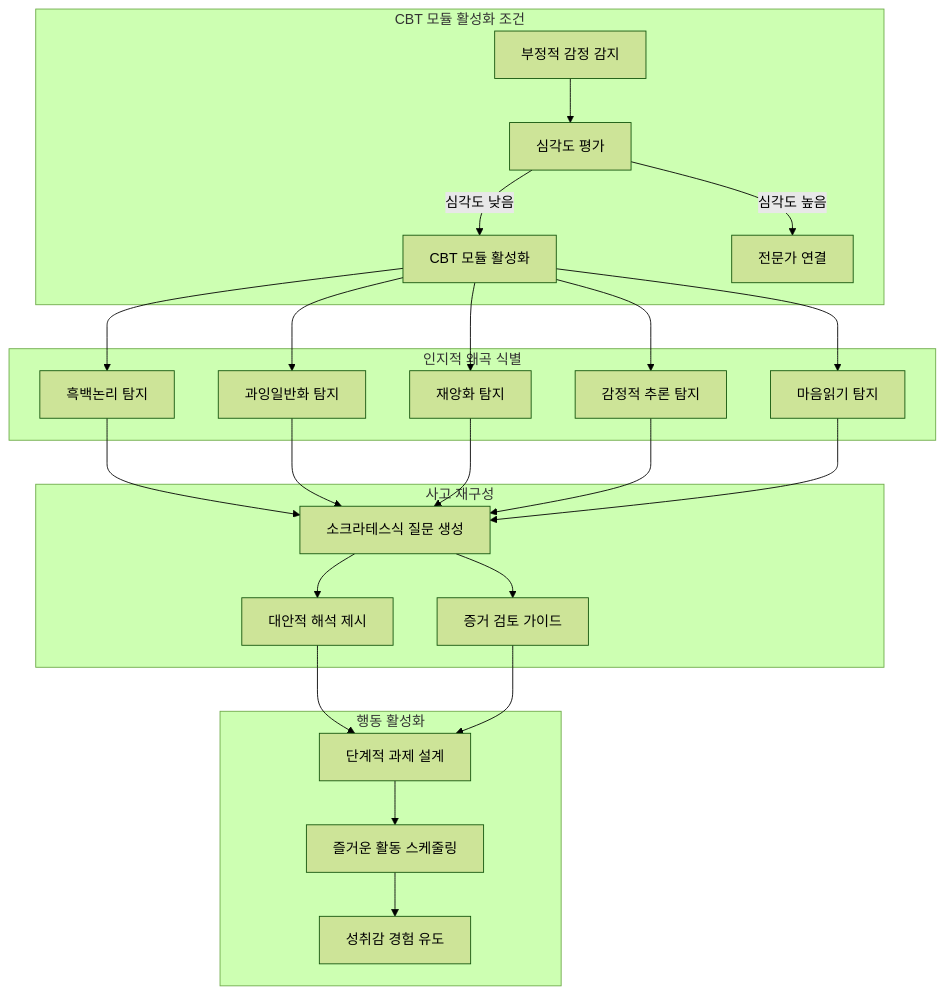
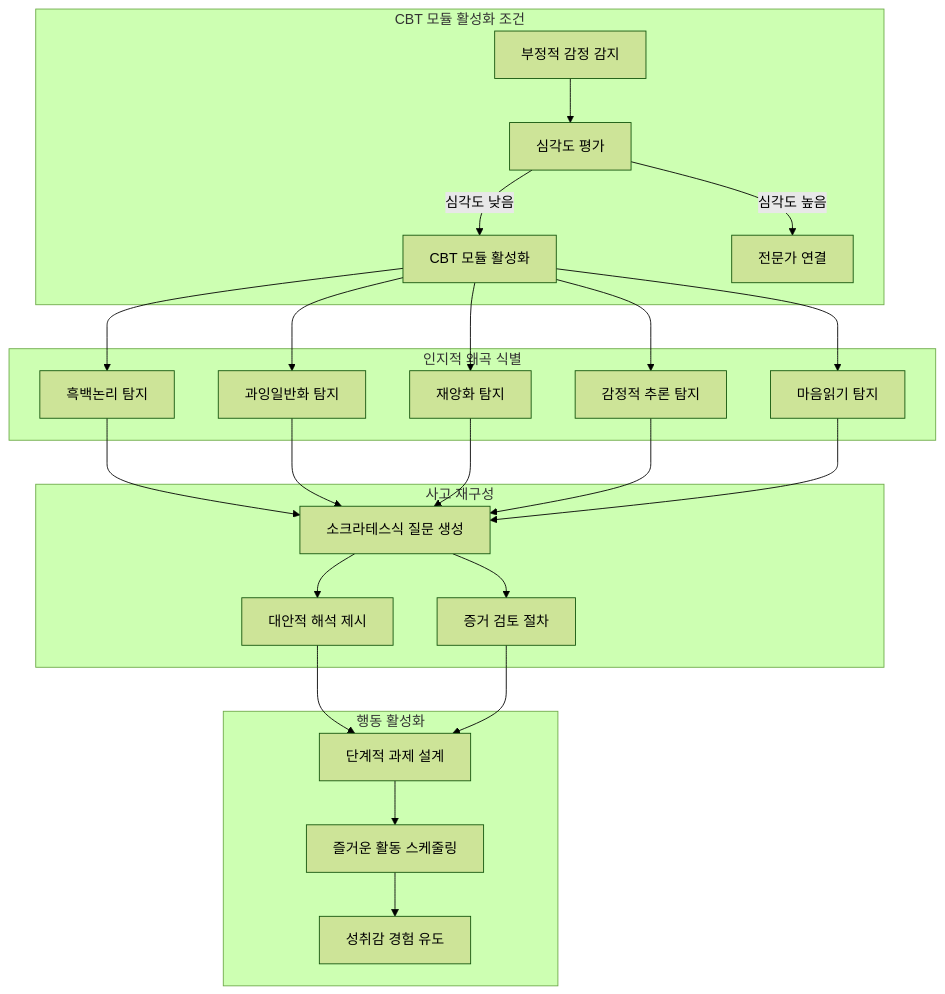
Before and after one commit to choisimo/document: the seventh of 10 diagrams in content/archive/legacy/QnA-MarkDown/emotion_diary/ver_2/add.md, drawn with Mermaid (forest theme). The commit also changed other lines of this file and 432 other files, not shown here.

````diff
--- a/content/archive/legacy/QnA-MarkDown/emotion_diary/ver_2/add.md
+++ b/content/archive/legacy/QnA-MarkDown/emotion_diary/ver_2/add.md
@@ -272,47 +272,47 @@
 ```mermaid
 flowchart TD
     subgraph "CBT 모듈 활성화 조건"
         ND[부정적 감정 감지]
         SE[심각도 평가]
         SE -->|심각도 낮음| AC[CBT 모듈 활성화]
         SE -->|심각도 높음| PR[전문가 연결]
     end
-    
+
     subgraph "인지적 왜곡 식별"
         PAT1[흑백논리 탐지]
         PAT2[과잉일반화 탐지]
         PAT3[재앙화 탐지]
         PAT4[감정적 추론 탐지]
         PAT5[마음읽기 탐지]
     end
-    
+
     subgraph "사고 재구성"
         QUES[소크라테스식 질문 생성]
         ALT[대안적 해석 제시]
-        EVID[증거 검토 가이드]
+        EVID[증거 검토 절차]
     end
-    
+
     subgraph "행동 활성화"
         ACT1[단계적 과제 설계]
         ACT2[즐거운 활동 스케줄링]
         ACT3[성취감 경험 유도]
     end
-    
+
     ND --> SE
     AC --> PAT1
     AC --> PAT2
     AC --> PAT3
     AC --> PAT4
     AC --> PAT5
     PAT1 --> QUES
     PAT2 --> QUES
     PAT3 --> QUES
     PAT4 --> QUES
     PAT5 --> QUES
     QUES --> ALT
     QUES --> EVID
     ALT --> ACT1
     EVID --> ACT1
     ACT1 --> ACT2
     ACT2 --> ACT3
 ```
````
